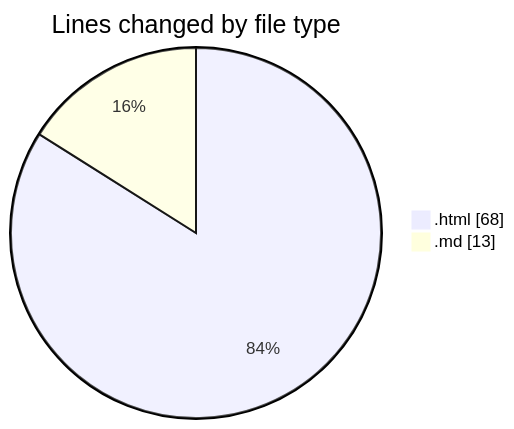
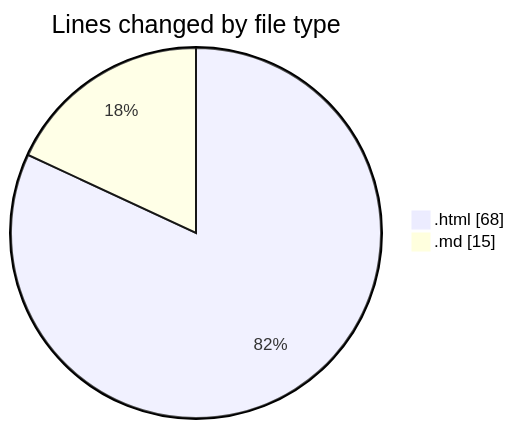
Before and after one commit to Ritupan-Deka/code-tracking: the first of 2 diagrams in 2025-07-04/urlwebwala_intership_work/README.md, drawn with Mermaid. The commit also changed other lines of this file and 1 other file, not shown here.

````diff
--- a/2025-07-04/urlwebwala_intership_work/README.md
+++ b/2025-07-04/urlwebwala_intership_work/README.md
@@ -21,6 +21,6 @@
 ```mermaid
 pie showData
 title Lines changed by file type
 ".html" : 68
-".md" : 13
+".md" : 15
 ```
````
